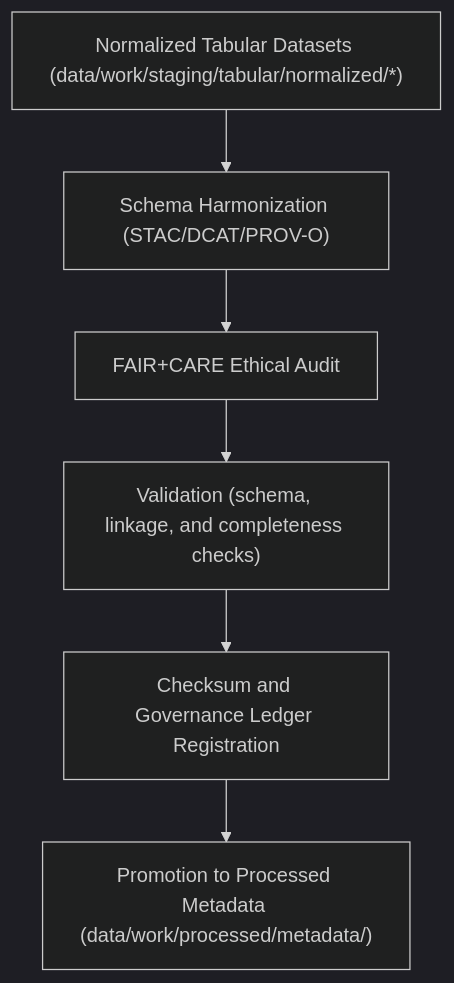
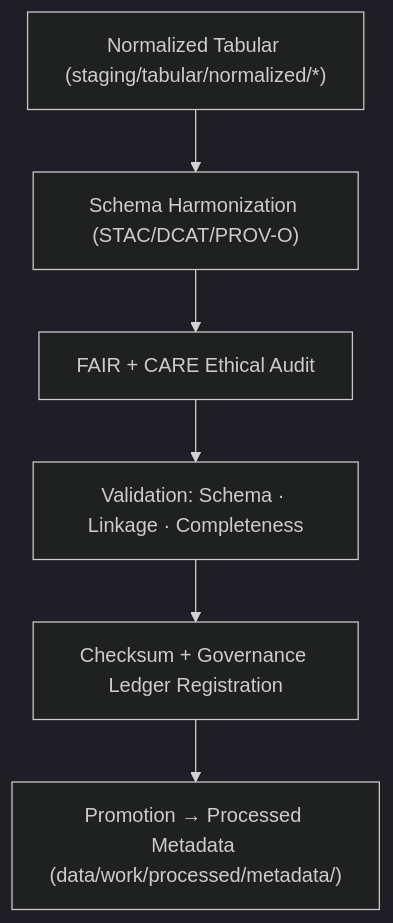
Before and after one commit to bartytime4life/Kansas-Frontier-Matrix: the diagram in data/work/staging/tabular/metadata/README.md, drawn with Mermaid (dark theme). The commit also changed other lines of this file, not shown here.

````diff
--- a/data/work/staging/tabular/metadata/README.md
+++ b/data/work/staging/tabular/metadata/README.md
@@ -74,8 +75,8 @@
 ```mermaid
 flowchart TD
-    A["Normalized Tabular Datasets (data/work/staging/tabular/normalized/*)"] --> B["Schema Harmonization (STAC/DCAT/PROV-O)"]
-    B --> C["FAIR+CARE Ethical Audit"]
-    C --> D["Validation (schema, linkage, and completeness checks)"]
-    D --> E["Checksum and Governance Ledger Registration"]
-    E --> F["Promotion to Processed Metadata (data/work/processed/metadata/)"]
+    A["Normalized Tabular (staging/tabular/normalized/*)"] --> B["Schema Harmonization (STAC/DCAT/PROV-O)"]
+    B --> C["FAIR + CARE Ethical Audit"]
+    C --> D["Validation: Schema · Linkage · Completeness"]
+    D --> E["Checksum + Governance Ledger Registration"]
+    E --> F["Promotion → Processed Metadata (data/work/processed/metadata/)"]
 ```
````
